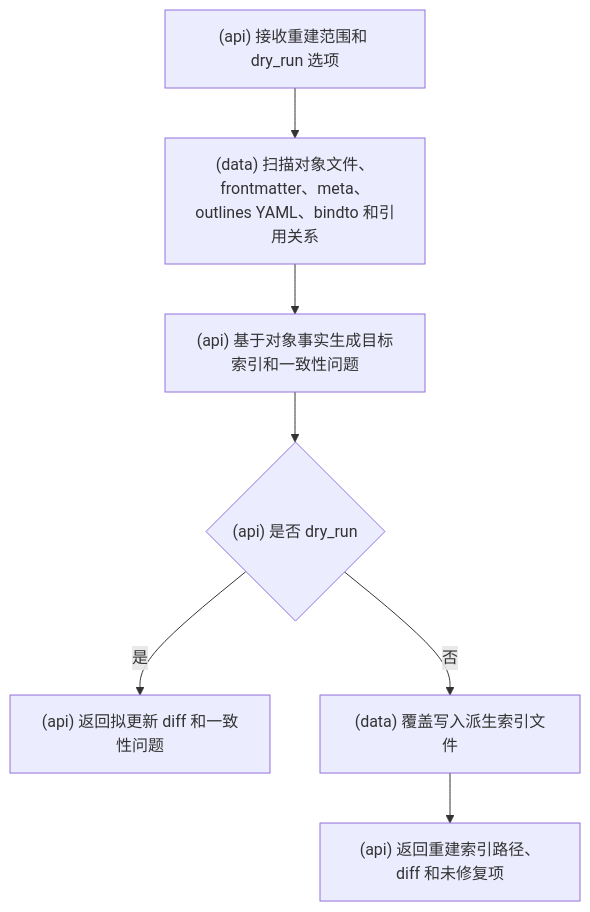
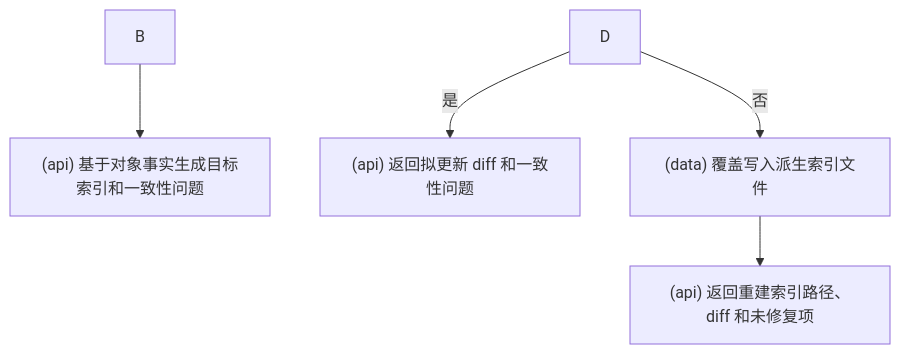
Diagram 20 of 21 in docs/流程图.md (srangerme/KBManager), drawn with Mermaid before and after one commit. The commit also changed other lines of this file and 24 other files, not shown here.

Commit message:
remove entry point and dry run

````diff
--- a/docs/流程图.md
+++ b/docs/流程图.md
@@ -287,9 +283,7 @@
 ```mermaid
 flowchart TD
-  A["(api) 接收重建范围和 dry_run 选项"] --> B["(data) 扫描对象文件、frontmatter、meta、outlines YAML、bindto 和引用关系"]
   B --> C["(api) 基于对象事实生成目标索引和一致性问题"]
-  C --> D{"(api) 是否 dry_run"}
   D -- 是 --> E["(api) 返回拟更新 diff 和一致性问题"]
   D -- 否 --> F["(data) 覆盖写入派生索引文件"]
   F --> G["(api) 返回重建索引路径、diff 和未修复项"]
 ```
````
